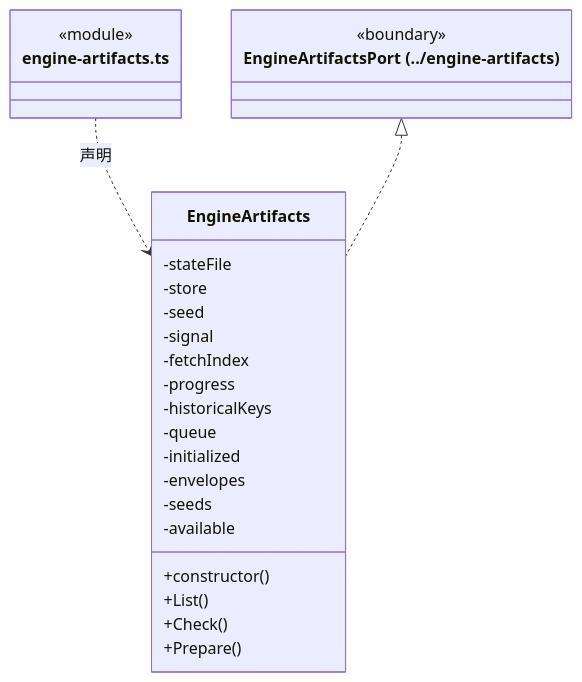
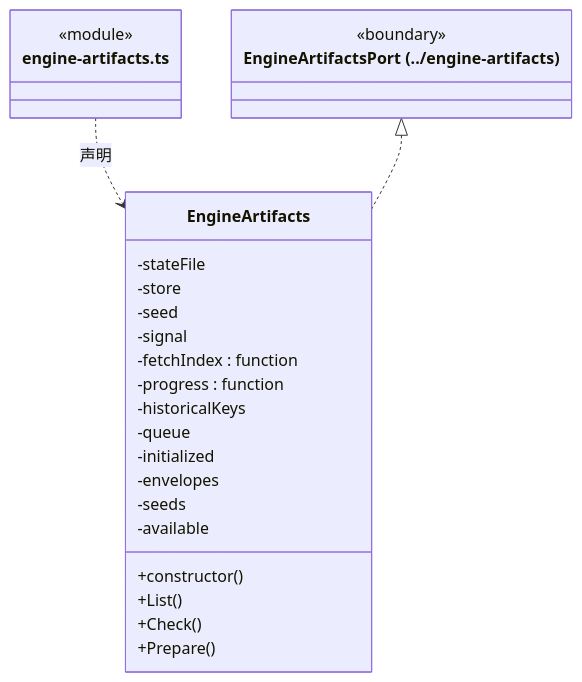
Before and after one commit to nan023062/cbim: the fourth of 28 diagrams in src/logic/updates/service/ARCHITECTURE.md, drawn with Mermaid. The commit also changed other lines of this file and 137 other files, not shown here.

Commit message:
fix: align architecture generator with documentation standards

````diff
--- a/src/logic/updates/service/ARCHITECTURE.md
+++ b/src/logic/updates/service/ARCHITECTURE.md
@@ -219,29 +225,29 @@
 ```mermaid
 classDiagram
 class N_src_logic_updates_service_engine_artifacts_ts["engine-artifacts.ts"] {
   <<module>>
 }
 class N_src_logic_updates_service_engine_artifacts_ts_EngineArtifacts["EngineArtifacts"] {
   +constructor()
   +List()
   +Check()
   +Prepare()
   -stateFile
   -store
   -seed
   -signal
-  -fetchIndex
-  -progress
+  -fetchIndex : function
+  -progress : function
   -historicalKeys
   -queue
   -initialized
   -envelopes
   -seeds
   -available
 }
 N_src_logic_updates_service_engine_artifacts_ts ..> N_src_logic_updates_service_engine_artifacts_ts_EngineArtifacts : 声明
 class N_src_logic_updates_service_engine_artifacts_ts_external_EngineArtifactsPort["EngineArtifactsPort (../engine-artifacts)"] {
   <<boundary>>
 }
 N_src_logic_updates_service_engine_artifacts_ts_external_EngineArtifactsPort <|.. N_src_logic_updates_service_engine_artifacts_ts_EngineArtifacts
 ```
````
